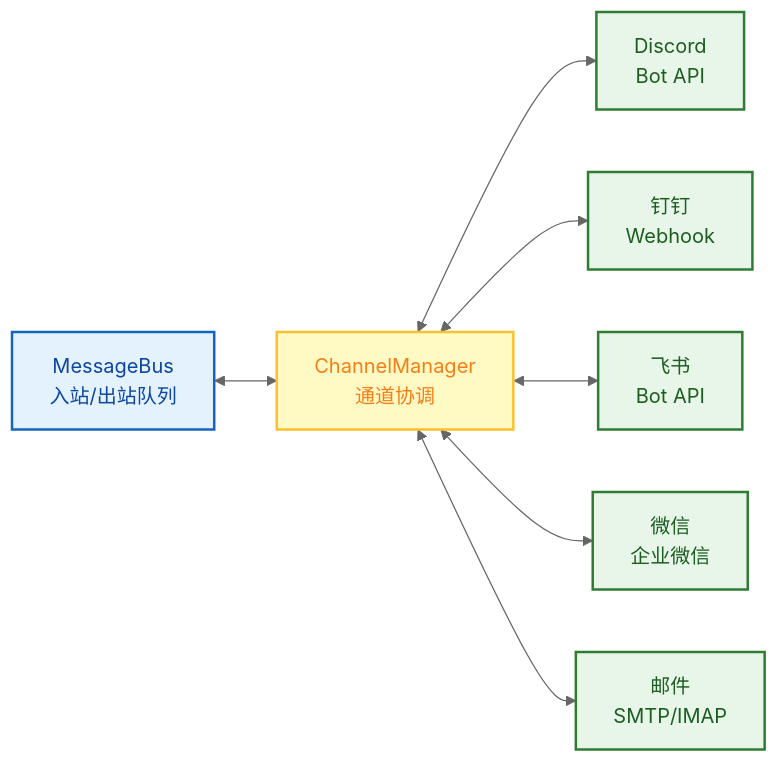
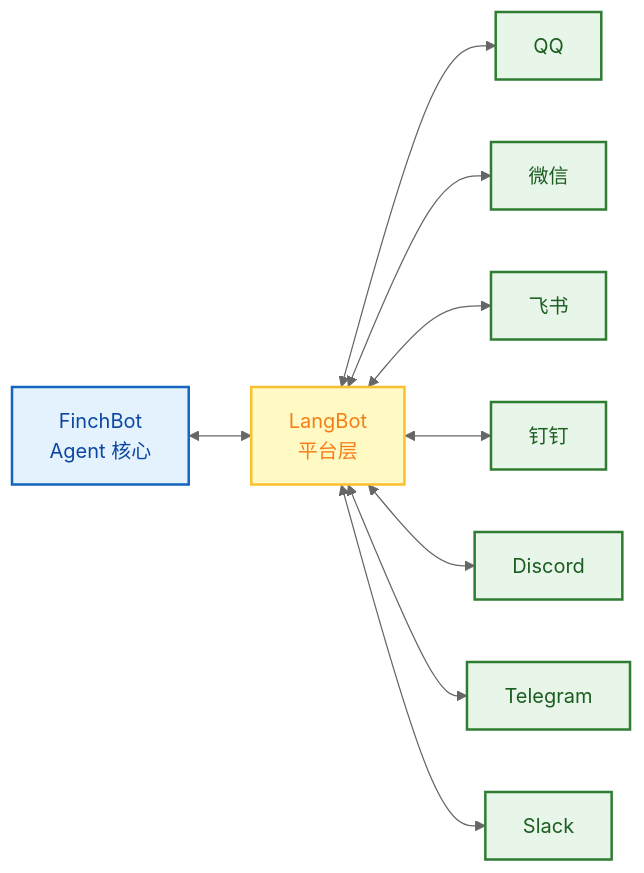
The eighth of 8 diagrams in README_CN.md (xt765/FinchBot), drawn with Mermaid (neutral theme) before and after one commit. The commit also changed other lines of this file and 30 other files, not shown here.

First line of the commit message:
refactor: 使用 langchain-mcp-adapters 和 LangBot 重构 MCP 和 Channel 模块

````diff
--- a/README_CN.md
+++ b/README_CN.md
@@ -538,18 +550,20 @@
 ```mermaid
 flowchart LR
     classDef bus fill:#e3f2fd,stroke:#1565c0,stroke-width:2px,color:#0d47a1;
     classDef manager fill:#fff9c4,stroke:#fbc02d,stroke-width:2px,color:#f57f17;
     classDef channel fill:#e8f5e9,stroke:#2e7d32,stroke-width:2px,color:#1b5e20;
 
-    Bus[MessageBus<br/>入站/出站队列]:::bus
-    CM[ChannelManager<br/>通道协调]:::manager
+    FinchBot[FinchBot<br/>Agent 核心]:::bus
+    LangBot[LangBot<br/>平台层]:::manager
 
-    Discord[Discord<br/>Bot API]:::channel
-    DingTalk[钉钉<br/>Webhook]:::channel
-    Feishu[飞书<br/>Bot API]:::channel
-    WeChat[微信<br/>企业微信]:::channel
-    Email[邮件<br/>SMTP/IMAP]:::channel
+    QQ[QQ]:::channel
+    WeChat[微信]:::channel
+    Feishu[飞书]:::channel
+    DingTalk[钉钉]:::channel
+    Discord[Discord]:::channel
+    Telegram[Telegram]:::channel
+    Slack[Slack]:::channel
 
-    Bus <--> CM
-    CM <--> Discord & DingTalk & Feishu & WeChat & Email
+    FinchBot <--> LangBot
+    LangBot <--> QQ & WeChat & Feishu & DingTalk & Discord & Telegram & Slack
 ```
````
